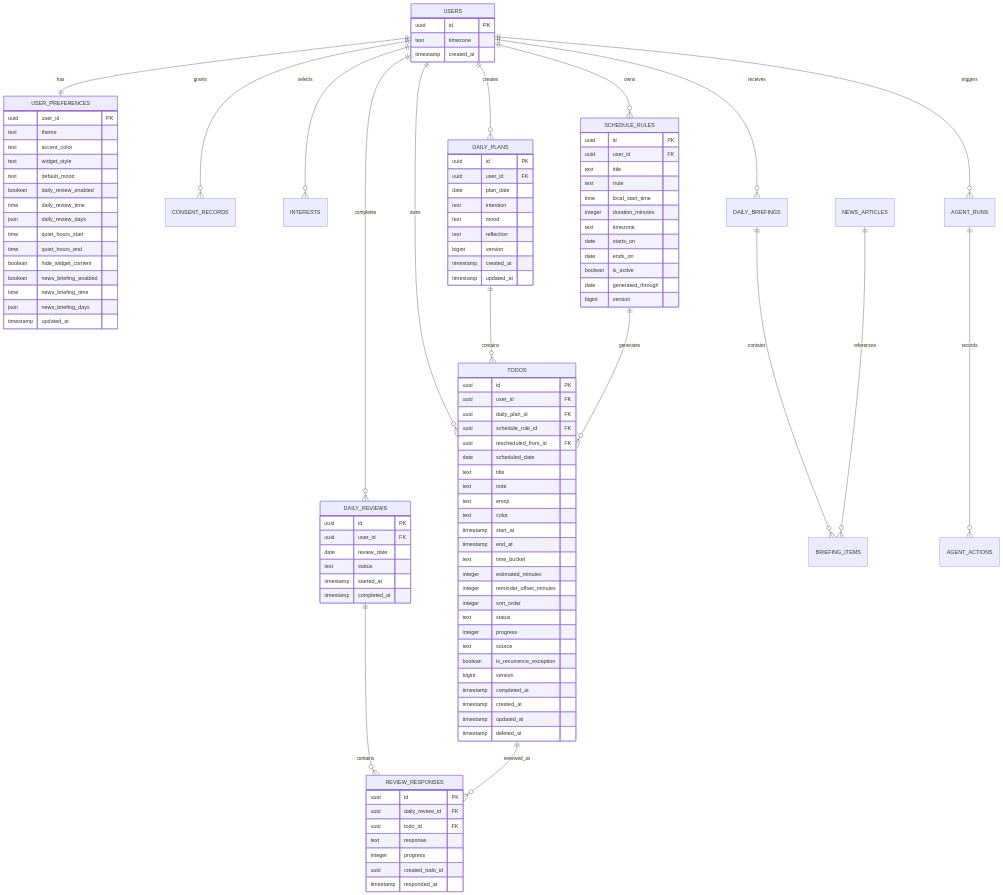
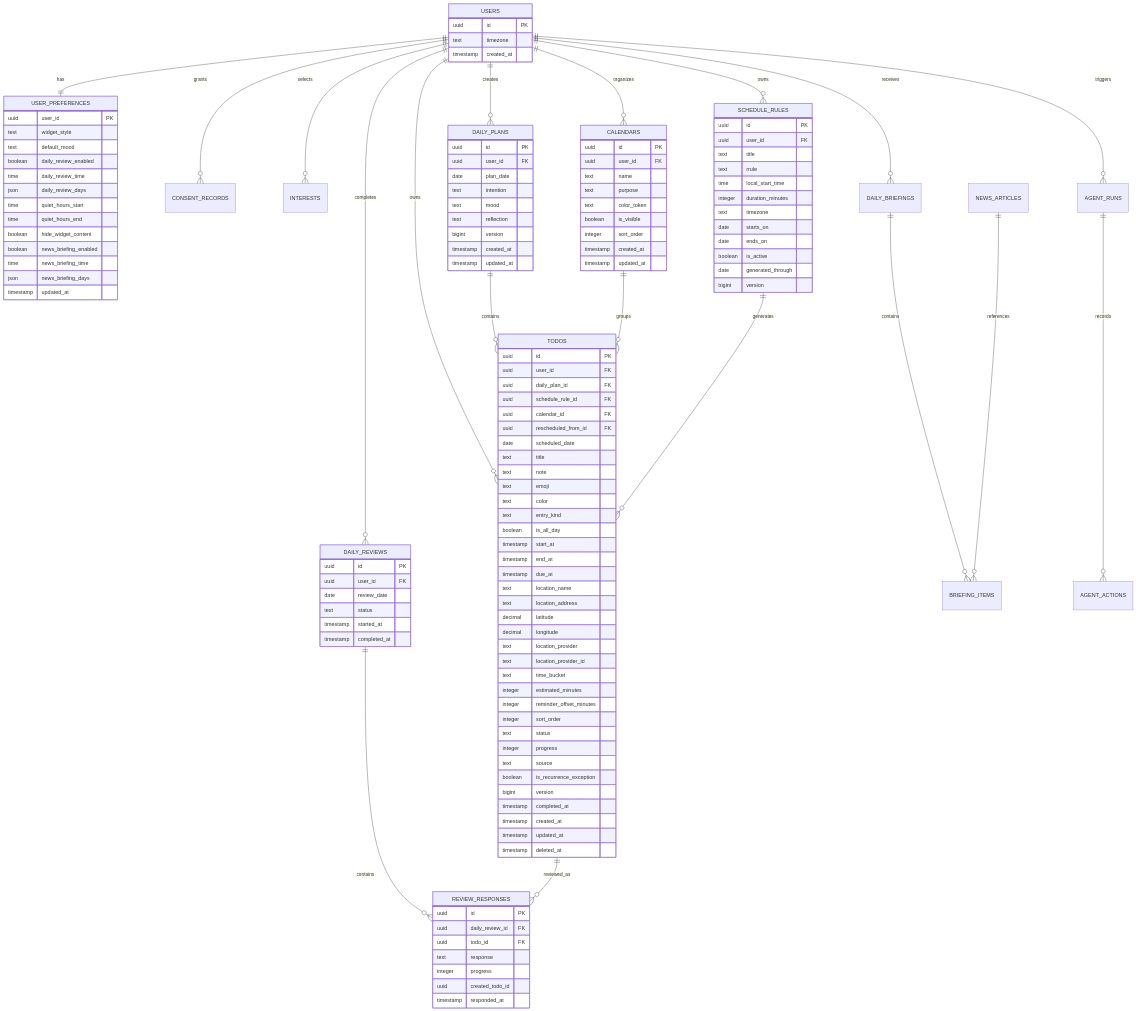
The diagram in docs/04-data-model.md (leebeanbin/memdo), drawn with Mermaid before and after one commit. The commit also changed other lines of this file and 13 other files, not shown here.

```diff
--- a/docs/04-data-model.md
+++ b/docs/04-data-model.md
@@ -13,6 +13,7 @@
     USERS ||--o{ CONSENT_RECORDS : grants
     USERS ||--o{ INTERESTS : selects
     USERS ||--o{ DAILY_PLANS : creates
+    USERS ||--o{ CALENDARS : organizes
     USERS ||--o{ TODOS : owns
     USERS ||--o{ SCHEDULE_RULES : owns
     USERS ||--o{ DAILY_REVIEWS : completes
@@ -20,6 +21,7 @@
     USERS ||--o{ AGENT_RUNS : triggers
 
     DAILY_PLANS ||--o{ TODOS : contains
+    CALENDARS ||--o{ TODOS : groups
     SCHEDULE_RULES ||--o{ TODOS : generates
     DAILY_REVIEWS ||--o{ REVIEW_RESPONSES : contains
     TODOS ||--o{ REVIEW_RESPONSES : reviewed_as
@@ -35,8 +37,6 @@
 
     USER_PREFERENCES {
         uuid user_id PK
-        text theme
-        text accent_color
         text widget_style
         text default_mood
         boolean daily_review_enabled
@@ -63,19 +63,41 @@
         timestamp updated_at
     }
 
+    CALENDARS {
+        uuid id PK
+        uuid user_id FK
+        text name
+        text purpose
+        text color_token
+        boolean is_visible
+        integer sort_order
+        timestamp created_at
+        timestamp updated_at
+    }
+
     TODOS {
         uuid id PK
         uuid user_id FK
         uuid daily_plan_id FK
         uuid schedule_rule_id FK
+        uuid calendar_id FK
         uuid rescheduled_from_id FK
         date scheduled_date
         text title
         text note
         text emoji
         text color
+        text entry_kind
+        boolean is_all_day
         timestamp start_at
         timestamp end_at
+        timestamp due_at
+        text location_name
+        text location_address
+        decimal latitude
+        decimal longitude
+        text location_provider
+        text location_provider_id
         text time_bucket
         integer estimated_minutes
         integer reminder_offset_minutes
```
